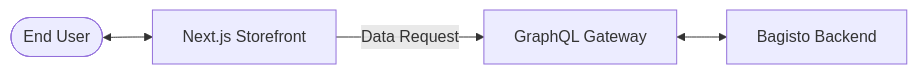
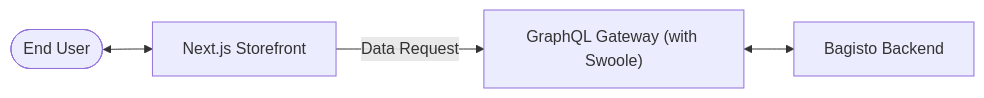
Before and after one commit to bagisto/bagisto-headless-doc: the diagram in src/bagisto-headless-ecommerce/overview/introduction.md, drawn with Mermaid. The commit also changed other lines of this file, not shown here.

````diff
--- a/src/bagisto-headless-ecommerce/overview/introduction.md
+++ b/src/bagisto-headless-ecommerce/overview/introduction.md
@@ -47,11 +49,11 @@
 ```mermaid
 graph LR
     User([End User])
     NextJS["Next.js Storefront"]
-    GQL["GraphQL Gateway"]
+    GQL["GraphQL Gateway (with Swoole)"]
     Bagisto["Bagisto Backend"]
     
     User <--> NextJS
     NextJS -- "Data Request" --> GQL
     GQL <--> Bagisto
 ```
````
